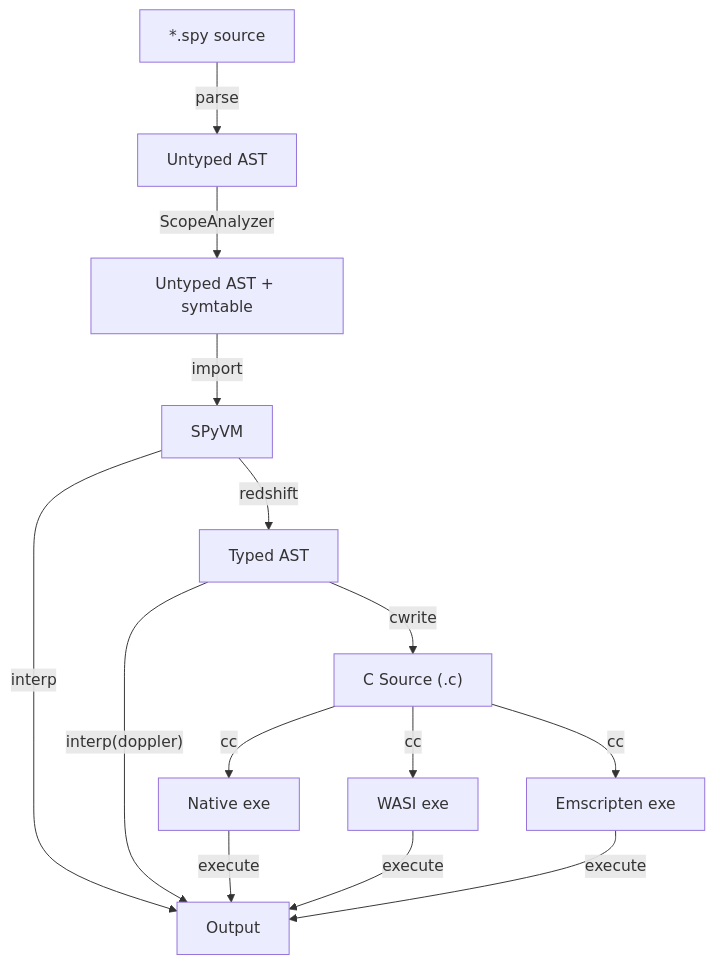
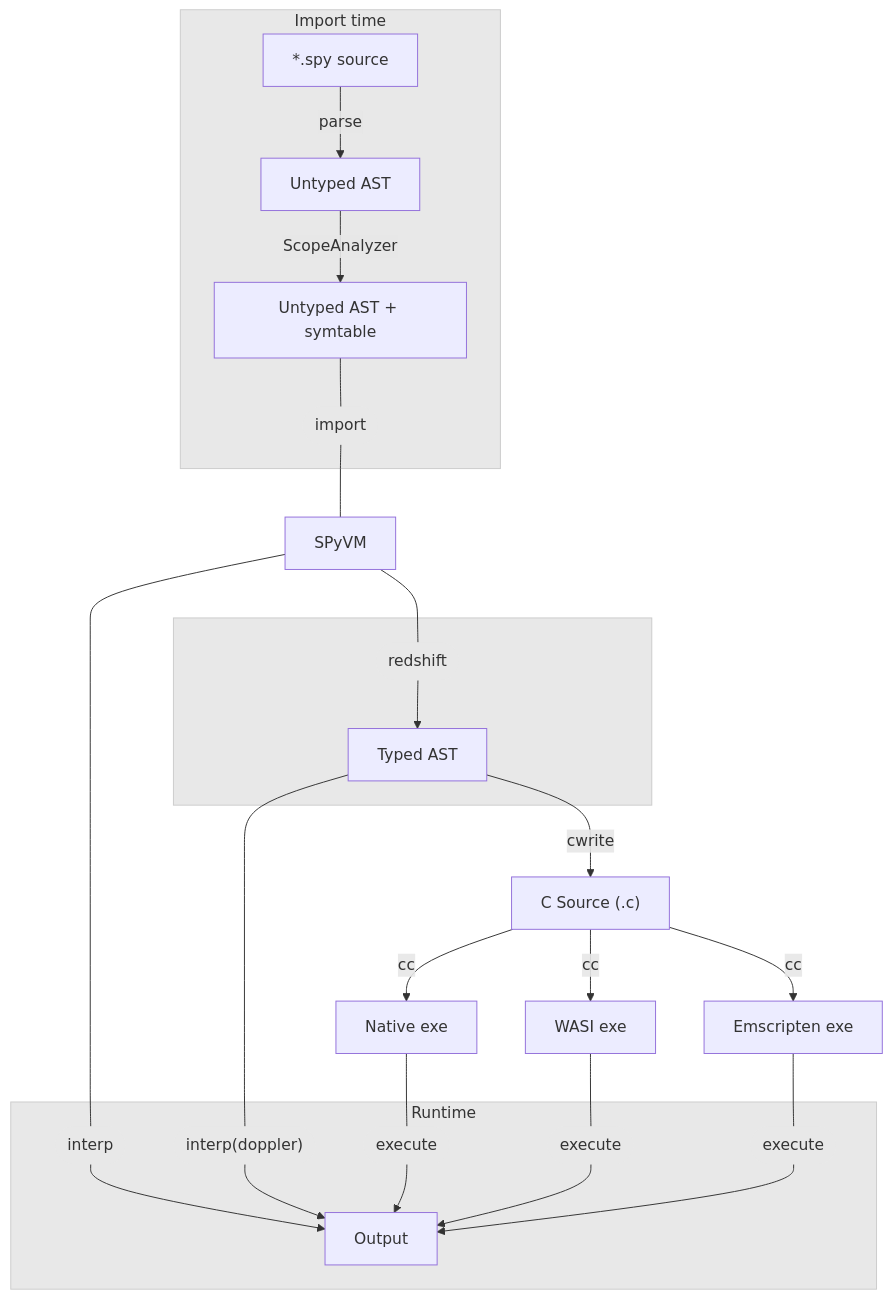
The diagram in blog/posts/2026/03-spy-semantics/index.md (antocuni/antocuni.github.io), drawn with Mermaid before and after one commit. The commit also changed other lines of this file, not shown here.

Commit message:
improve the diagram

````diff
--- a/blog/posts/2026/03-spy-semantics/index.md
+++ b/blog/posts/2026/03-spy-semantics/index.md
@@ -113,23 +113,56 @@
 ```mermaid
 graph TD
 
-    SRC["*.spy source"]
-    AST["Untyped AST"]
-    SYMAST["Untyped AST + symtable"]
+    subgraph FRONTEND["Import time"]
+        SRC["*.spy source"]
+        AST["Untyped AST"]
+        SYMAST["Untyped AST + symtable"]
+        IMPORTLABEL(["import"]):::label
+
+        SRC -- parse --> AST
+        AST -- ScopeAnalyzer --> SYMAST
+        SYMAST --- IMPORTLABEL
+    end
+
     SPyVM["SPyVM"]
-    REDSHIFTED["Typed AST"]
-    OUT["Output"]
+    IMPORTLABEL --- SPyVM
+
+    subgraph RS[" "]
+        RSLABEL(["redshift"]):::label
+        REDSHIFTED["Typed AST"]
+        RSLABEL --> REDSHIFTED
+    end
+
     C["C Source (.c)"]
     EXE_NAT["Native exe"]
     EXE_WASI["WASI exe"]
     EXE_EM["Emscripten exe"]
 
-    %% Core pipeline
-    SRC -- parse --> AST -- ScopeAnalyzer --> SYMAST
-    SYMAST -- import --> SPyVM -- interp --> OUT
-    SPyVM -- redshift --> REDSHIFTED -- cwrite --> C
-    REDSHIFTED -- interp(doppler) --> OUT
-    C -- cc --> EXE_NAT -- execute --> OUT
-    C -- cc --> EXE_WASI -- execute --> OUT
-    C -- cc --> EXE_EM -- execute --> OUT
+    subgraph RT["Runtime"]
+        INTERP(["interp"]):::label
+        DOPPLER(["interp(doppler)"]):::label
+        EXECUTE_NAT(["execute"]):::label
+        EXECUTE_WASI(["execute"]):::label
+        EXECUTE_EM(["execute"]):::label
+        OUT["Output"]
+        INTERP --> OUT
+        DOPPLER --> OUT
+        EXECUTE_NAT --> OUT
+        EXECUTE_WASI --> OUT
+        EXECUTE_EM --> OUT
+    end
+
+    SPyVM --- INTERP
+    SPyVM --- RSLABEL
+    REDSHIFTED -- cwrite --> C
+    REDSHIFTED --- DOPPLER
+
+    C -- cc --> EXE_NAT --- EXECUTE_NAT
+    C -- cc --> EXE_WASI --- EXECUTE_WASI
+    C -- cc --> EXE_EM --- EXECUTE_EM
+
+    style RS fill:#e8e8e8,stroke:#ccc
+    style RT fill:#e8e8e8,stroke:#ccc
+    style FRONTEND fill:#e8e8e8,stroke:#ccc
+    classDef label fill:#e8e8e8,stroke:none,color:#333;
 ```
````
